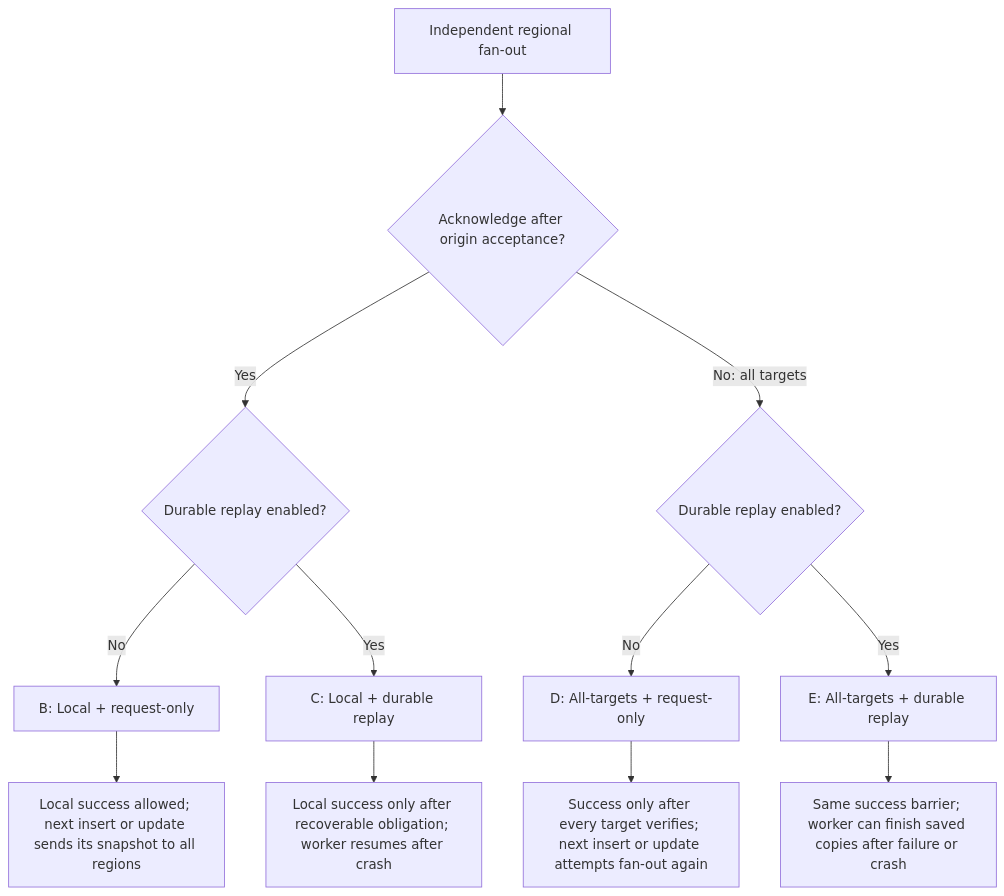
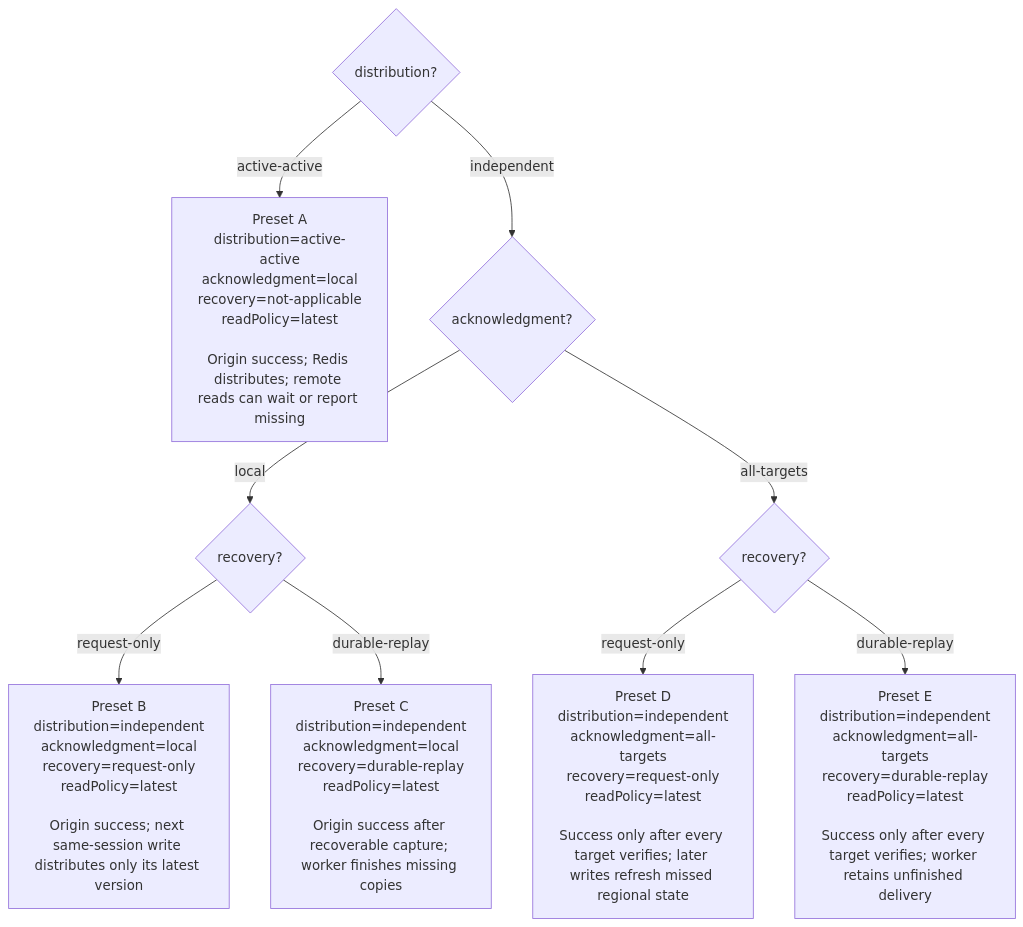
The first of 5 diagrams in decisions.md (alberttwong/redis-multi-region-adapter), drawn with Mermaid before and after one commit. The commit also changed other lines of this file and 2 other files, not shown here.

````diff
--- a/decisions.md
+++ b/decisions.md
@@ -30,14 +17,11 @@
 ```mermaid
 flowchart TD
-    Fanout["Independent regional fan-out"] --> Local{"Acknowledge after origin acceptance?"}
-    Local -->|Yes| LocalReplay{"Durable replay enabled?"}
-    LocalReplay -->|No| B["B: Local + request-only"]
-    LocalReplay -->|Yes| C["C: Local + durable replay"]
-    B --> BResult["Local success allowed; next insert or update sends its snapshot to all regions"]
-    C --> CResult["Local success only after recoverable obligation; worker resumes after crash"]
-    Local -->|No: all targets| AllReplay{"Durable replay enabled?"}
-    AllReplay -->|No| D["D: All-targets + request-only"]
-    AllReplay -->|Yes| E["E: All-targets + durable replay"]
-    D --> DResult["Success only after every target verifies; next insert or update attempts fan-out again"]
-    E --> EResult["Same success barrier; worker can finish saved copies after failure or crash"]
+    Start{"distribution?"} -->|active-active| A["Preset A<br/>distribution=active-active<br/>acknowledgment=local<br/>recovery=not-applicable<br/>readPolicy=latest<br/><br/>Origin success; Redis distributes; remote reads can wait or report missing"]
+    Start -->|independent| Ack{"acknowledgment?"}
+    Ack -->|local| LocalRecovery{"recovery?"}
+    LocalRecovery -->|request-only| B["Preset B<br/>distribution=independent<br/>acknowledgment=local<br/>recovery=request-only<br/>readPolicy=latest<br/><br/>Origin success; next same-session write distributes only its latest version"]
+    LocalRecovery -->|durable-replay| C["Preset C<br/>distribution=independent<br/>acknowledgment=local<br/>recovery=durable-replay<br/>readPolicy=latest<br/><br/>Origin success after recoverable capture; worker finishes missing copies"]
+    Ack -->|all-targets| AllRecovery{"recovery?"}
+    AllRecovery -->|request-only| D["Preset D<br/>distribution=independent<br/>acknowledgment=all-targets<br/>recovery=request-only<br/>readPolicy=latest<br/><br/>Success only after every target verifies; later writes refresh missed regional state"]
+    AllRecovery -->|durable-replay| E["Preset E<br/>distribution=independent<br/>acknowledgment=all-targets<br/>recovery=durable-replay<br/>readPolicy=latest<br/><br/>Success only after every target verifies; worker retains unfinished delivery"]
 ```
````
